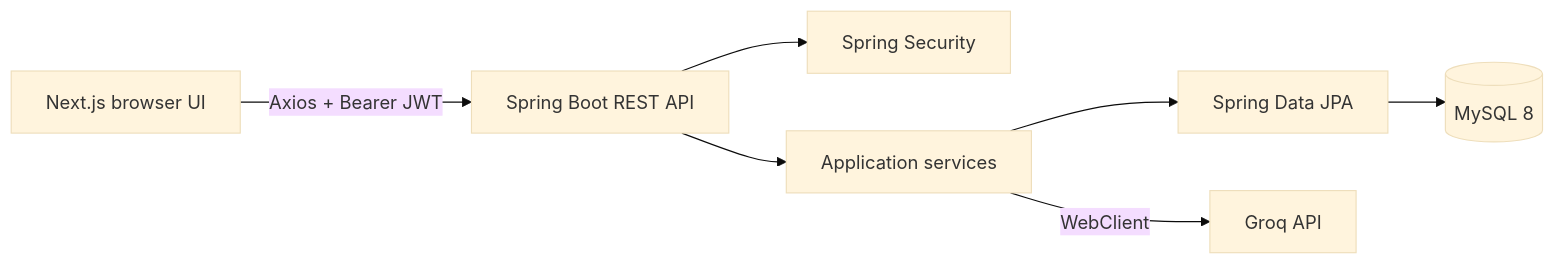
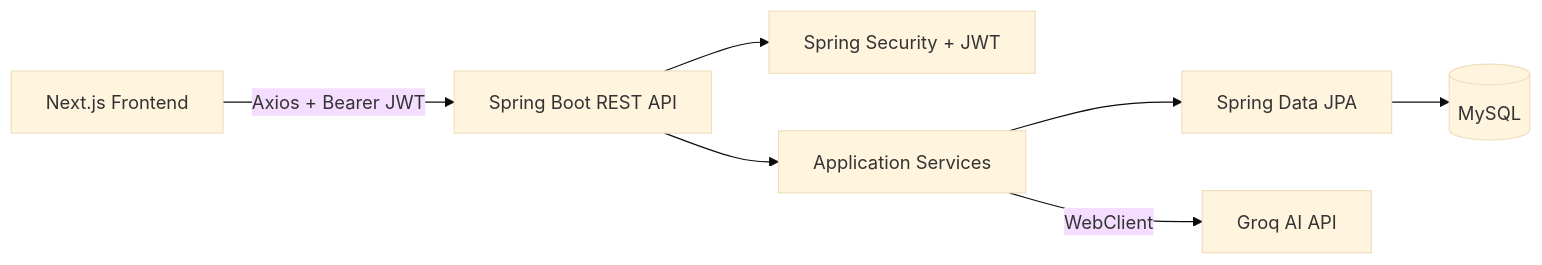
Before and after one commit to santhu1711/AI-Interview-Coach: the diagram in README.md, drawn with Mermaid (base theme). The commit also changed other lines of this file, not shown here.

````diff
--- a/README.md
+++ b/README.md
@@ -20,9 +244,9 @@
 ```mermaid
 flowchart LR
-    Browser[Next.js browser UI] -->|Axios + Bearer JWT| API[Spring Boot REST API]
-    API --> Security[Spring Security]
-    API --> Services[Application services]
+    Browser[Next.js Frontend] -->|Axios + Bearer JWT| API[Spring Boot REST API]
+    API --> Security[Spring Security + JWT]
+    API --> Services[Application Services]
     Services --> JPA[Spring Data JPA]
-    JPA --> MySQL[(MySQL 8)]
-    Services -->|WebClient| Groq[Groq API]
+    JPA --> MySQL[(MySQL)]
+    Services -->|WebClient| Groq[Groq AI API]
 ```
````
